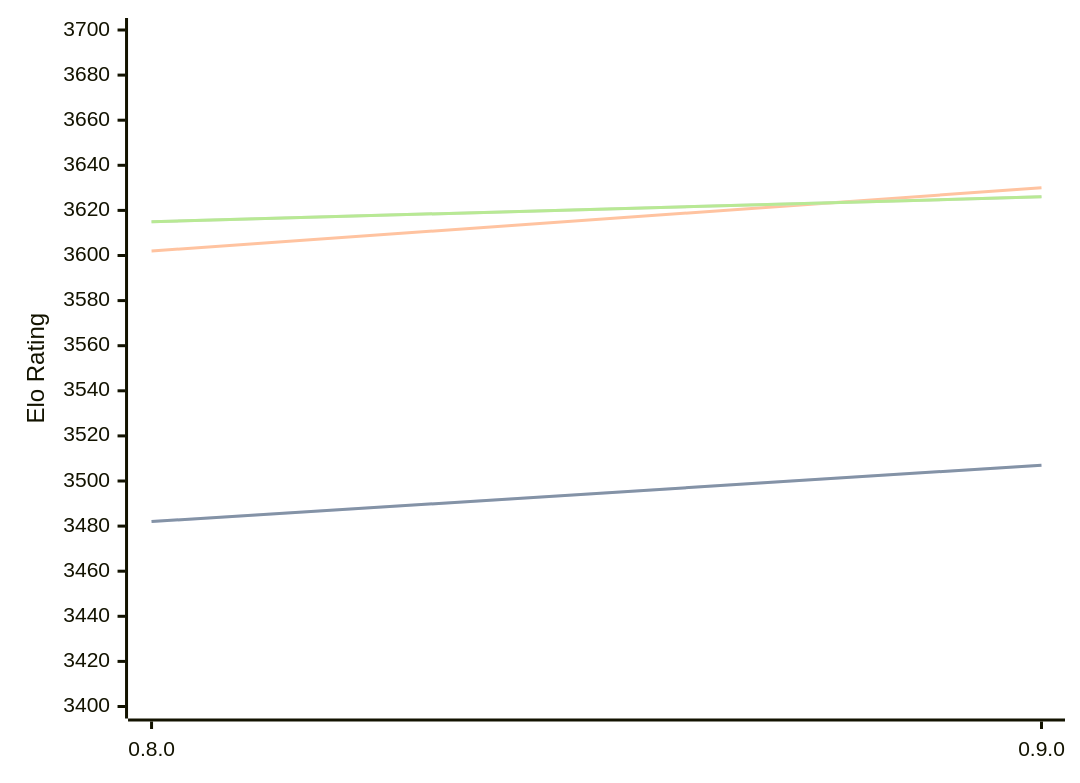
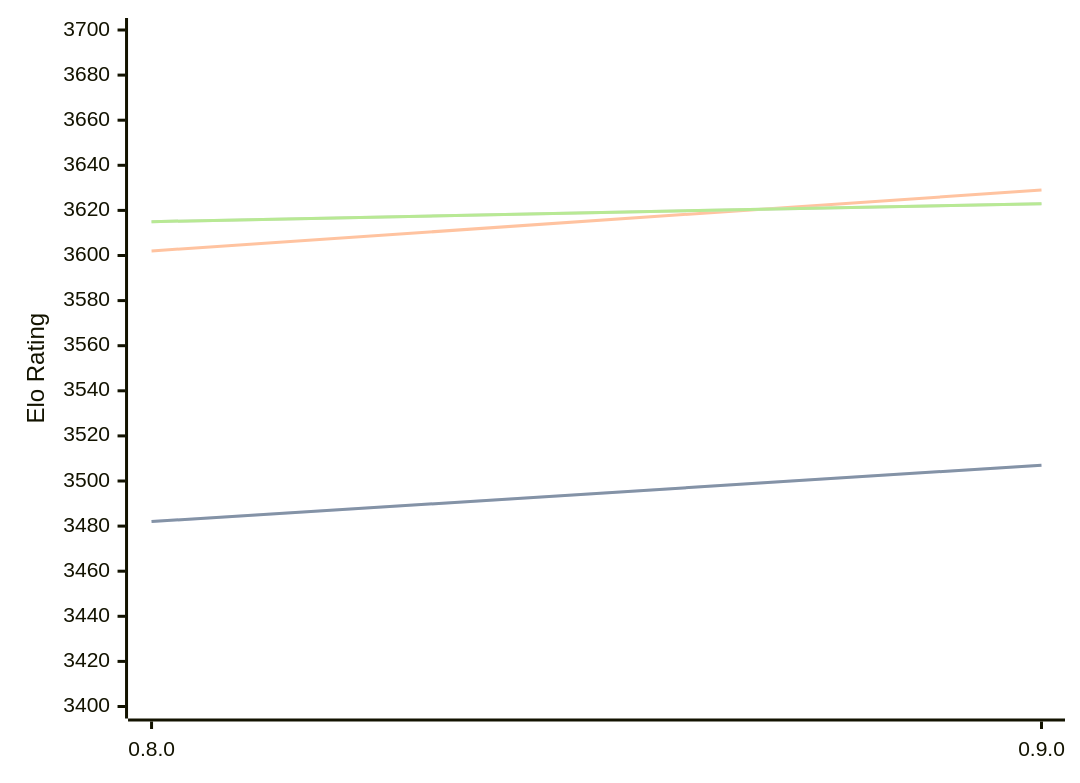
The diagram in engines/Reckless.md (computer-chess-index/cci), drawn with Mermaid before and after one commit. The commit also changed other lines of this file, not shown here.

Commit message:
Update CCI Ratings (ELO VLTC) - 2026-03-05

````diff
--- a/engines/Reckless.md
+++ b/engines/Reckless.md
@@ -37,11 +37,11 @@
 ```mermaid
 %%{init: {"theme":"base","themeVariables":{"seriesColors:['#a3a3a3','#222221','#faa371']}}}%%
 xychart-beta
   x-axis ["0.8.0", "0.9.0"]
   y-axis "Elo Rating" 3400 --> 3700
   line "STC (8.0+0.08s)" [3482, 3507]
   line "STC (8.0+0.08s)" [3482, 3507]
-  line "LTC (60.0+0.60s)" [3602, 3630]
-  line "VLTC (2m24s+1.12s)" [3615, 3626]
-  line "VLTC (2m24s+1.12s)" [3615, 3626]
+  line "LTC (60.0+0.60s)" [3602, 3629]
+  line "VLTC (2m24s+1.12s)" [3615, 3623]
+  line "VLTC (2m24s+1.12s)" [3615, 3623]
 ```
````
